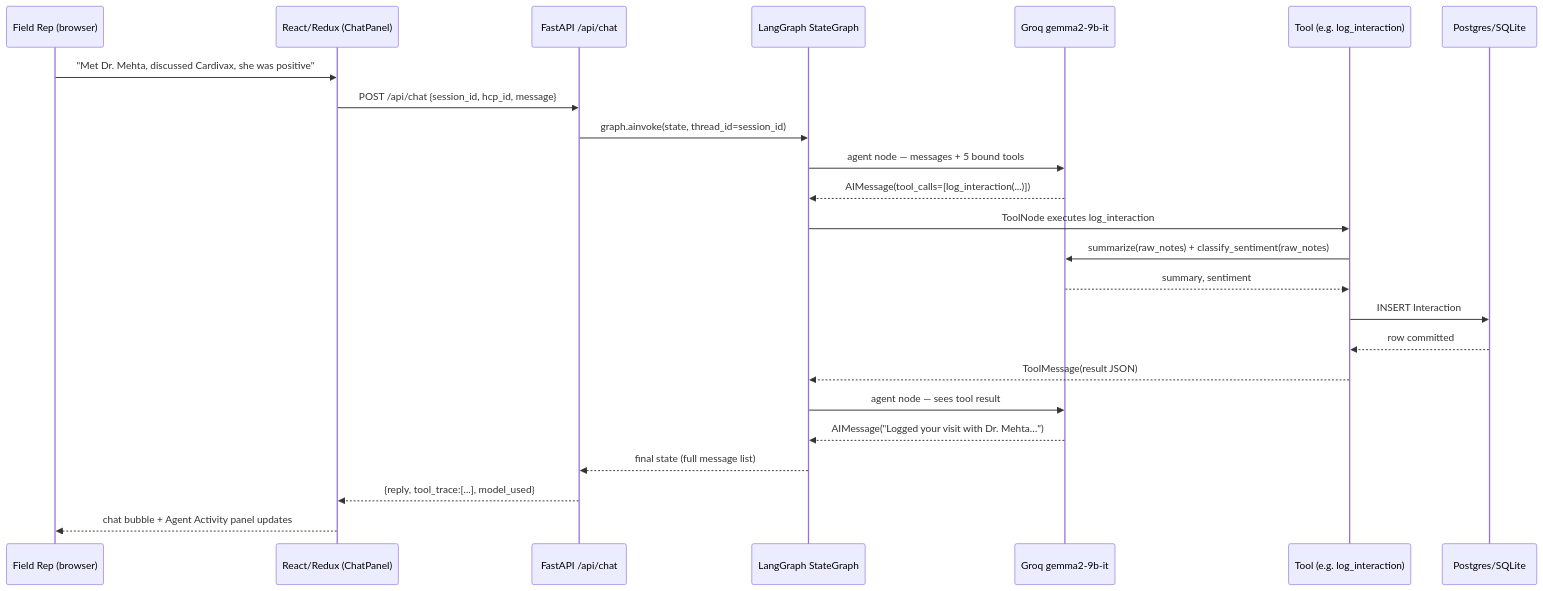
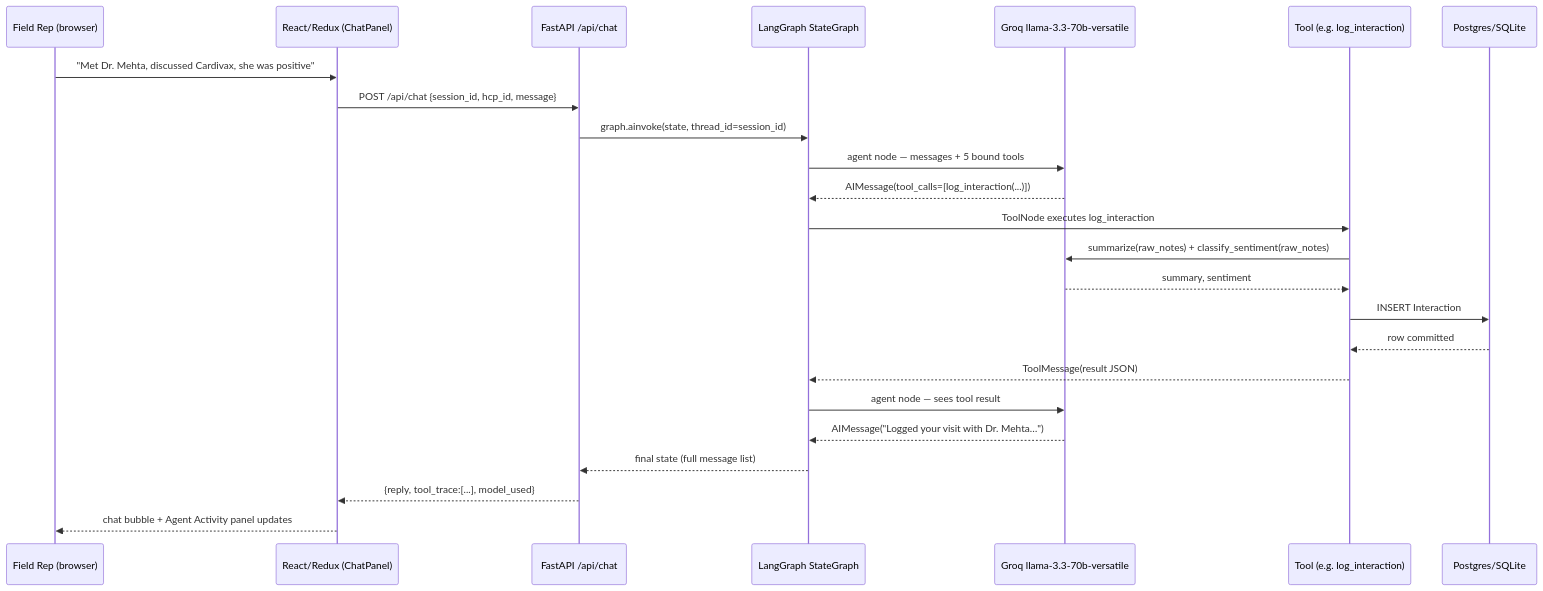
Before and after one commit to shrutiphad/Debrief: the first of 2 diagrams in docs/ARCHITECTURE.md, drawn with Mermaid. The commit also changed 12 other files, not shown here.

````diff
--- a/docs/ARCHITECTURE.md
+++ b/docs/ARCHITECTURE.md
@@ -5,27 +5,27 @@
 ```mermaid
 sequenceDiagram
     participant Rep as Field Rep (browser)
     participant FE as React/Redux (ChatPanel)
     participant API as FastAPI /api/chat
     participant Graph as LangGraph StateGraph
-    participant LLM as Groq gemma2-9b-it
+    participant LLM as Groq llama-3.3-70b-versatile
     participant Tool as Tool (e.g. log_interaction)
     participant DB as Postgres/SQLite
 
     Rep->>FE: "Met Dr. Mehta, discussed Cardivax, she was positive"
     FE->>API: POST /api/chat {session_id, hcp_id, message}
     API->>Graph: graph.ainvoke(state, thread_id=session_id)
     Graph->>LLM: agent node — messages + 5 bound tools
     LLM-->>Graph: AIMessage(tool_calls=[log_interaction(...)])
     Graph->>Tool: ToolNode executes log_interaction
     Tool->>LLM: summarize(raw_notes) + classify_sentiment(raw_notes)
     LLM-->>Tool: summary, sentiment
     Tool->>DB: INSERT Interaction
     DB-->>Tool: row committed
     Tool-->>Graph: ToolMessage(result JSON)
     Graph->>LLM: agent node — sees tool result
     LLM-->>Graph: AIMessage("Logged your visit with Dr. Mehta…")
     Graph-->>API: final state (full message list)
     API-->>FE: {reply, tool_trace:[...], model_used}
     FE-->>Rep: chat bubble + Agent Activity panel updates
 ```
````
